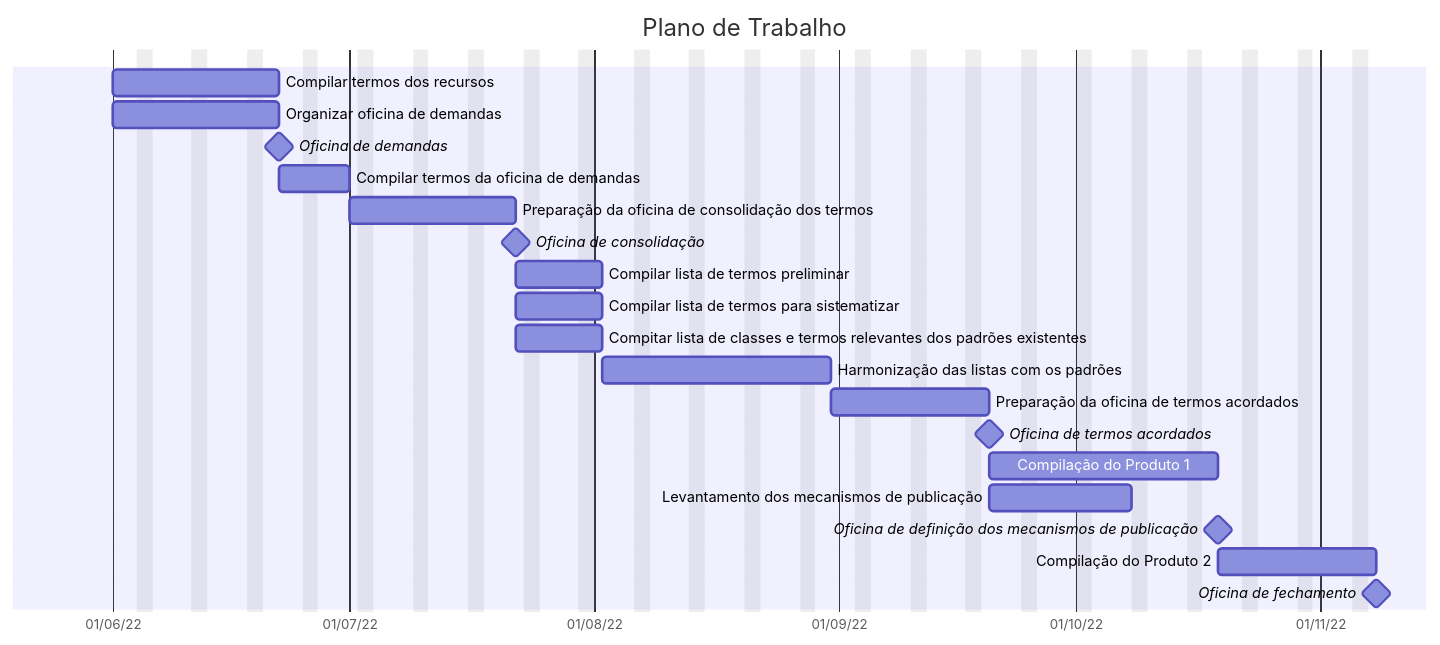
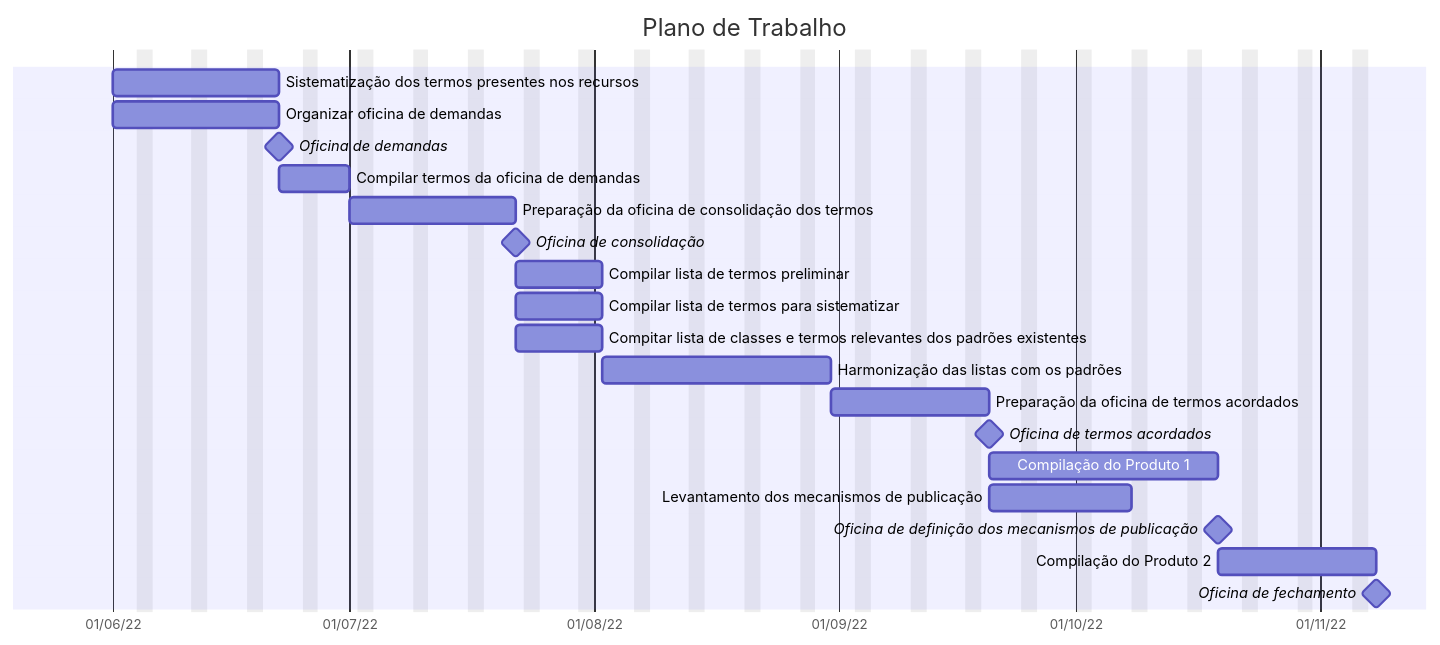
One commit to jlanna/MMA-Ameacadas changed the diagram in plano-de-trabalho/gantt.md. Above: the diagram before and after it, drawn with Mermaid. The commit also changed 2 other files, not shown here.

````diff
--- a/plano-de-trabalho/gantt.md
+++ b/plano-de-trabalho/gantt.md
@@ -1,25 +1,25 @@
 ```mermaid
 gantt
     dateFormat DD/MM/YY
     axisFormat  %d/%m/%y
     todayMarker on
     title Plano de Trabalho
     excludes weekends
-    Compilar termos dos recursos :t1, 01/06/22, 15d
+    Sistematização dos termos presentes nos recursos :t1, 01/06/22, 15d
     Organizar oficina de demandas :t2, 01/06/22, 15d
     Oficina de demandas :milestone,0d
     Compilar termos da oficina de demandas :t3, after t2, 1w
     Preparação da oficina de consolidação dos termos :t4, after t3, 15d
     Oficina de consolidação :milestone,0d
     Compilar lista de termos preliminar :t5, after t4, 1w
     Compilar lista de termos para sistematizar :t6, after t4, 1w
     Compitar lista de classes e termos relevantes dos padrões existentes :t7, after t4, 1w
     Harmonização das listas com os padrões :t8, after t5 t6 t7, 3w
     Preparação da oficina de termos acordados :t9, after t8, 2w
     Oficina de termos acordados :milestone, 0d
     Compilação do Produto 1 :t10, after t9, 3w
     Levantamento dos mecanismos de publicação :t11, after t9, 2w
     Oficina de definição dos mecanismos de publicação :milestone, after t10 t11, 0d
     Compilação do Produto 2 :t13, after t10, 2w
     Oficina de fechamento :milestone, 0d
 ```
````
